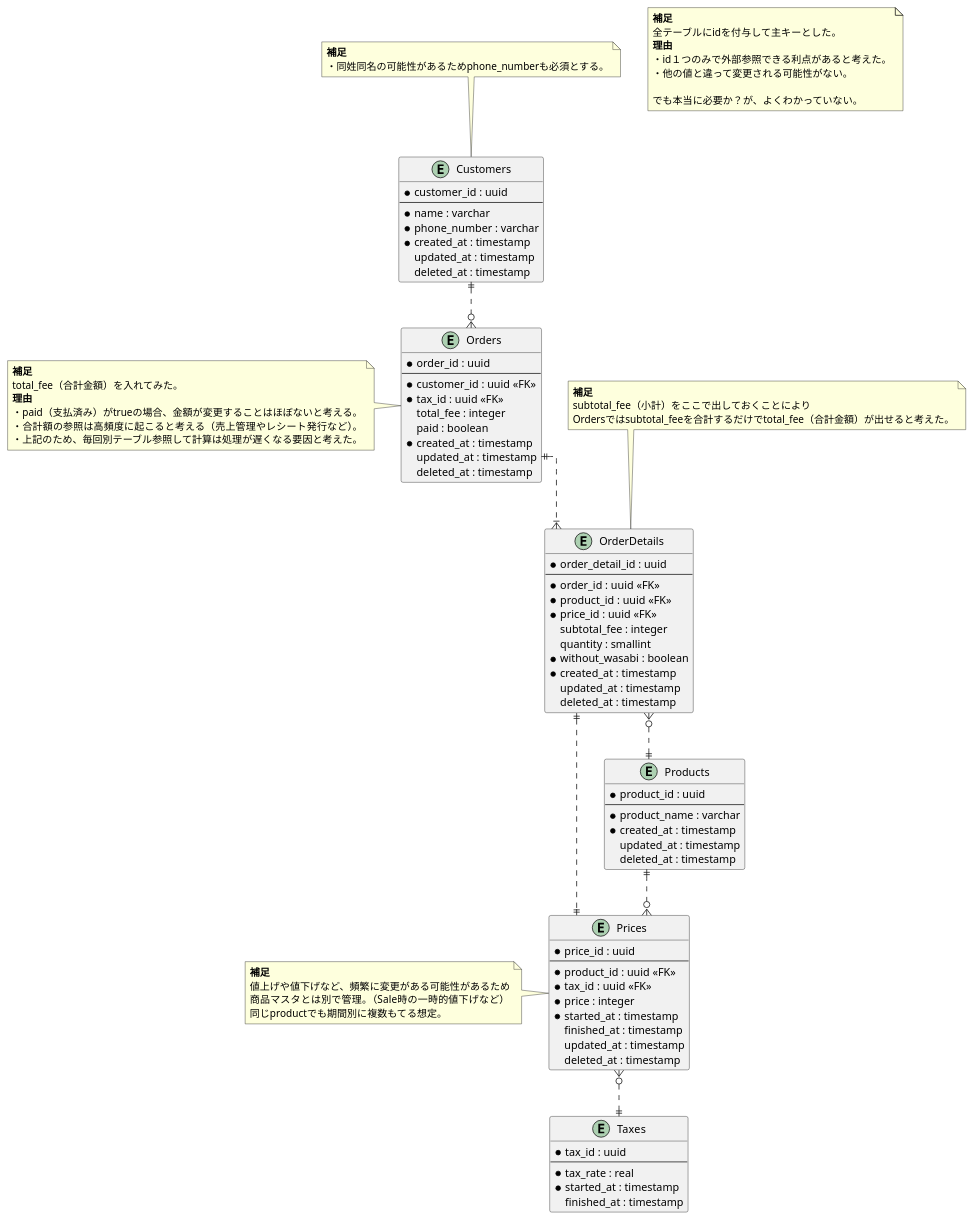
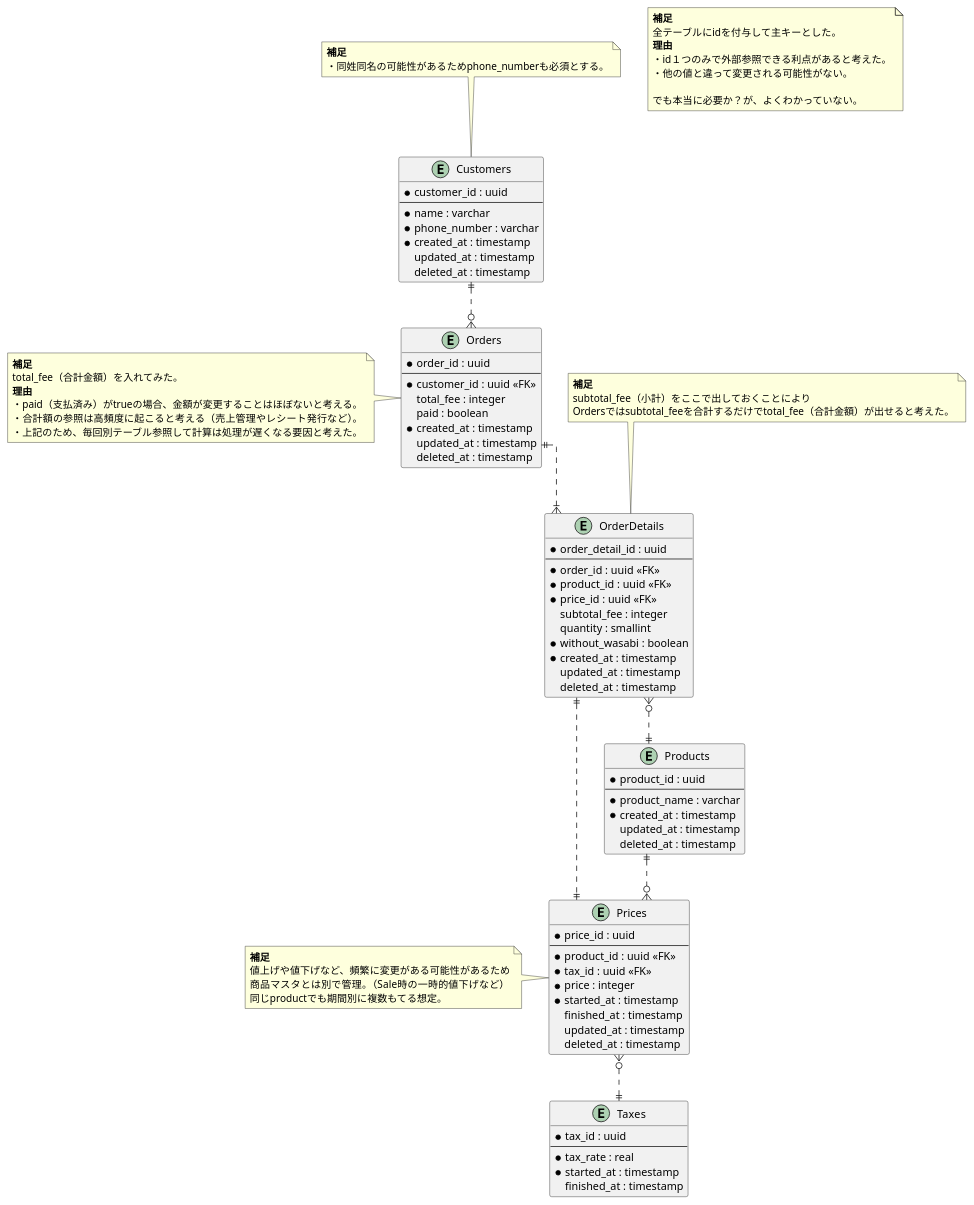
One commit to moritanuki/praha_challenge changed the diagram in 01_データベース設計/01_DBモデリング1/01_課題1/sushi_ordering_schema_01.puml. Above: the diagram before and after it, drawn with PlantUML. The commit also changed 3 other files, not shown here.

```diff
--- a/01_データベース設計/01_DBモデリング1/01_課題1/sushi_ordering_schema_01.puml
+++ b/01_データベース設計/01_DBモデリング1/01_課題1/sushi_ordering_schema_01.puml
@@ -1,122 +1,121 @@
 @startuml sushi_ordering_schema_01
 
 skinparam {
   ' カーディナリティ斜め対策
    linetype ortho
 }
 
 ' 顧客マスタ
 entity "Customers" as Customers {
   * customer_id : uuid
   --
   * name : varchar
   * phone_number : varchar
   * created_at : timestamp
     updated_at : timestamp
     deleted_at : timestamp
 }
 
 note top of Customers
   <b>補足</b>
   ・同姓同名の可能性があるためphone_numberも必須とする。
 end note
 
 ' 商品マスタ
 entity "Products" as Products {
   * product_id : uuid
   --
   * product_name : varchar
   * created_at : timestamp
     updated_at : timestamp
     deleted_at : timestamp
 }
 
 ' 商品金額テーブル
 entity "Prices" as Prices {
   * price_id : uuid
   --
   * product_id : uuid <<FK>>
   * tax_id : uuid <<FK>>
   * price : integer
   * started_at : timestamp
     finished_at : timestamp
     updated_at : timestamp
     deleted_at : timestamp
 }
 
 note left of Prices
   <b>補足</b>
   値上げや値下げなど、頻繁に変更がある可能性があるため
   商品マスタとは別で管理。（Sale時の一時的値下げなど）
   同じproductでも期間別に複数もてる想定。
 end note
 
 ' 消費税マスタ
 entity "Taxes" as Taxes {
   * tax_id : uuid
   --
   * tax_rate : real
   * started_at : timestamp
     finished_at : timestamp
 }
 
 ' 注文テーブル
 entity "Orders" as Orders {
   * order_id : uuid
   --
   * customer_id : uuid <<FK>>
-  * tax_id : uuid <<FK>>
     total_fee : integer
     paid : boolean
   * created_at : timestamp
     updated_at : timestamp
     deleted_at : timestamp
 }
 
 note left of Orders
   <b>補足</b>
   total_fee（合計金額）を入れてみた。
   <b>理由</b>
   ・paid（支払済み）がtrueの場合、金額が変更することはほぼないと考える。
   ・合計額の参照は高頻度に起こると考える（売上管理やレシート発行など）。
   ・上記のため、毎回別テーブル参照して計算は処理が遅くなる要因と考えた。
 end note
 
 entity "OrderDetails" as OrderDetails {
   * order_detail_id : uuid
   --
   * order_id : uuid <<FK>>
   * product_id : uuid <<FK>>
   * price_id : uuid <<FK>>
     subtotal_fee : integer
     quantity : smallint
   * without_wasabi : boolean
   * created_at : timestamp
     updated_at : timestamp
     deleted_at : timestamp
 }
 
 note top of OrderDetails
   <b>補足</b>
   subtotal_fee（小計）をここで出しておくことにより
   Ordersではsubtotal_feeを合計するだけでtotal_fee（合計金額）が出せると考えた。
 end note
 
 Customers ||..o{ Orders
 Orders ||..|{ OrderDetails
 OrderDetails }o..|| Products
 OrderDetails ||..|| Prices
 Products ||..o{ Prices
 Prices }o..|| Taxes
 
 note as note1
   <b>補足</b>
   全テーブルにidを付与して主キーとした。
   <b>理由</b>
   ・id１つのみで外部参照できる利点があると考えた。
   ・他の値と違って変更される可能性がない。
 
   でも本当に必要か？が、よくわかっていない。
 end note
 
 @enduml
```
